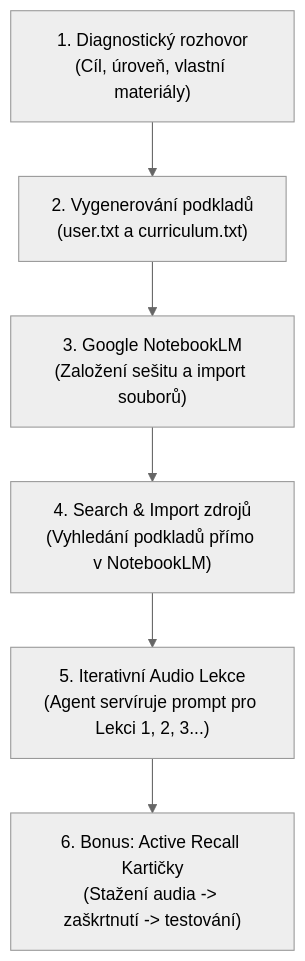
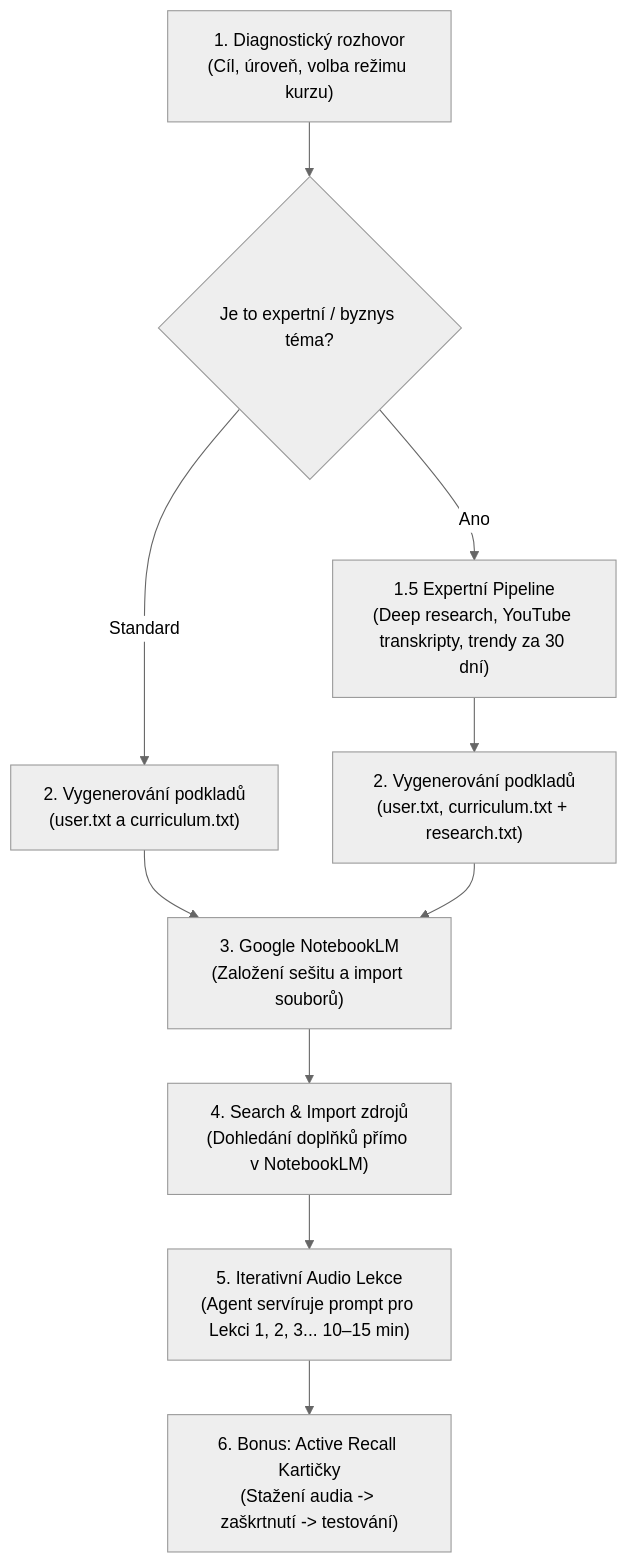
One commit to jardaakarb/learning-system-agent changed the diagram in README.md. Above: the diagram before and after it, drawn with Mermaid (neutral theme). The commit also changed other lines of this file and 1 other file, not shown here.

Commit message:
Add Deep Expert Research Pipeline (Phase 1.5) orchestrating firecrawl, youtube transcripts, and last30days

````diff
--- a/README.md
+++ b/README.md
@@ -35,8 +35,12 @@
 ```mermaid
 flowchart TD
-    A["1. Diagnostický rozhovor\n(Cíl, úroveň, vlastní materiály)"] --> B["2. Vygenerování podkladů\n(user.txt a curriculum.txt)"]
+    A["1. Diagnostický rozhovor\n(Cíl, úroveň, volba režimu kurzu)"] --> A1{"Je to expertní / byznys téma?"}
+    A1 -- Ano --> A2["1.5 Expertní Pipeline\n(Deep research, YouTube transkripty, trendy za 30 dní)"]
+    A1 -- Standard --> B["2. Vygenerování podkladů\n(user.txt a curriculum.txt)"]
+    A2 --> B2["2. Vygenerování podkladů\n(user.txt, curriculum.txt + research.txt)"]
     B --> C["3. Google NotebookLM\n(Založení sešitu a import souborů)"]
-    C --> D["4. Search & Import zdrojů\n(Vyhledání podkladů přímo v NotebookLM)"]
-    D --> E["5. Iterativní Audio Lekce\n(Agent servíruje prompt pro Lekci 1, 2, 3...)"]
+    B2 --> C
+    C --> D["4. Search & Import zdrojů\n(Dohledání doplňků přímo v NotebookLM)"]
+    D --> E["5. Iterativní Audio Lekce\n(Agent servíruje prompt pro Lekci 1, 2, 3... 10–15 min)"]
     E --> F["6. Bonus: Active Recall Kartičky\n(Stažení audia -> zaškrtnutí -> testování)"]
 ```
````
